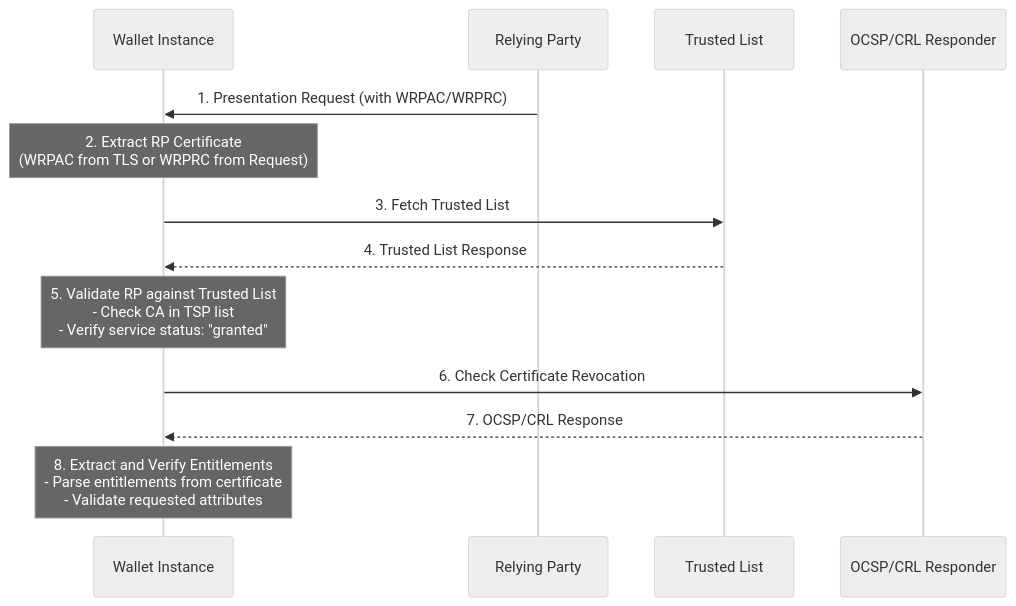
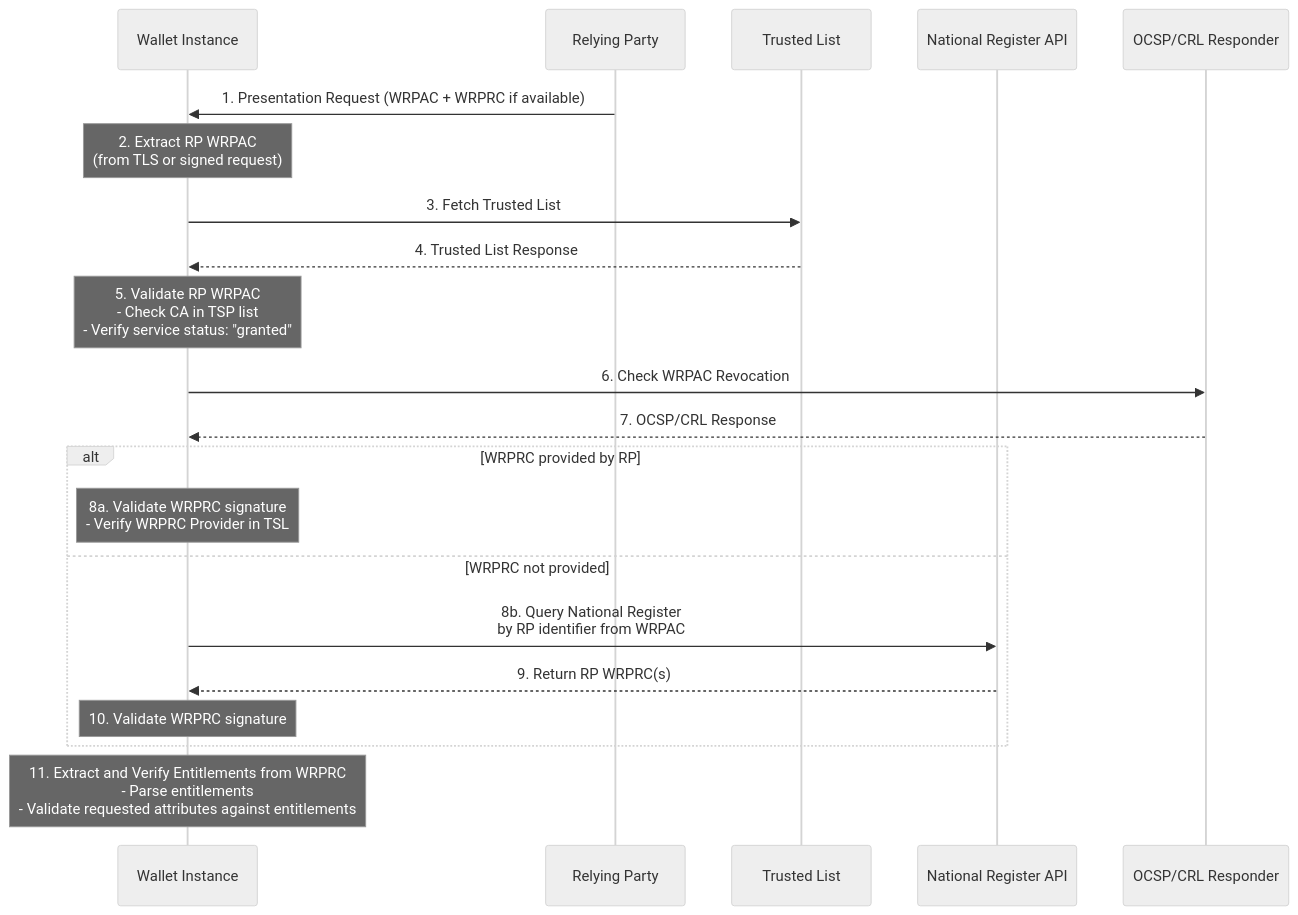
One commit to webuild-consortium/wp4-trust-group changed the second of 7 diagrams in task2-trust-framework/wallet-policy-discovery.md. Above: the diagram before and after it, drawn with Mermaid (neutral theme). The commit also changed other lines of this file, not shown here.

Commit message:
chore: policy discovery when WRPRC is missing

````diff
--- a/task2-trust-framework/wallet-policy-discovery.md
+++ b/task2-trust-framework/wallet-policy-discovery.md
@@ -98,16 +98,26 @@
 ```mermaid
 sequenceDiagram
     participant W as Wallet Instance
     participant RP as Relying Party
     participant TL as Trusted List
+    participant NR as National Register API
     participant OCSP as OCSP/CRL Responder
 
-    RP->>W: 1. Presentation Request (with WRPAC/WRPRC)
-    Note over W: 2. Extract RP Certificate<br/>(WRPAC from TLS or WRPRC from Request)
+    RP->>W: 1. Presentation Request (WRPAC + WRPRC if available)
+    Note over W: 2. Extract RP WRPAC<br/>(from TLS or signed request)
     W->>TL: 3. Fetch Trusted List
     TL-->>W: 4. Trusted List Response
-    Note over W: 5. Validate RP against Trusted List<br/>- Check CA in TSP list<br/>- Verify service status: "granted"
-    W->>OCSP: 6. Check Certificate Revocation
+    Note over W: 5. Validate RP WRPAC<br/>- Check CA in TSP list<br/>- Verify service status: "granted"
+    W->>OCSP: 6. Check WRPAC Revocation
     OCSP-->>W: 7. OCSP/CRL Response
-    Note over W: 8. Extract and Verify Entitlements<br/>- Parse entitlements from certificate<br/>- Validate requested attributes
+    
+    alt WRPRC provided by RP
+        Note over W: 8a. Validate WRPRC signature<br/>- Verify WRPRC Provider in TSL
+    else WRPRC not provided
+        W->>NR: 8b. Query National Register<br/>by RP identifier from WRPAC
+        NR-->>W: 9. Return RP WRPRC(s)
+        Note over W: 10. Validate WRPRC signature
+    end
+    
+    Note over W: 11. Extract and Verify Entitlements from WRPRC<br/>- Parse entitlements<br/>- Validate requested attributes against entitlements
 ```
````
